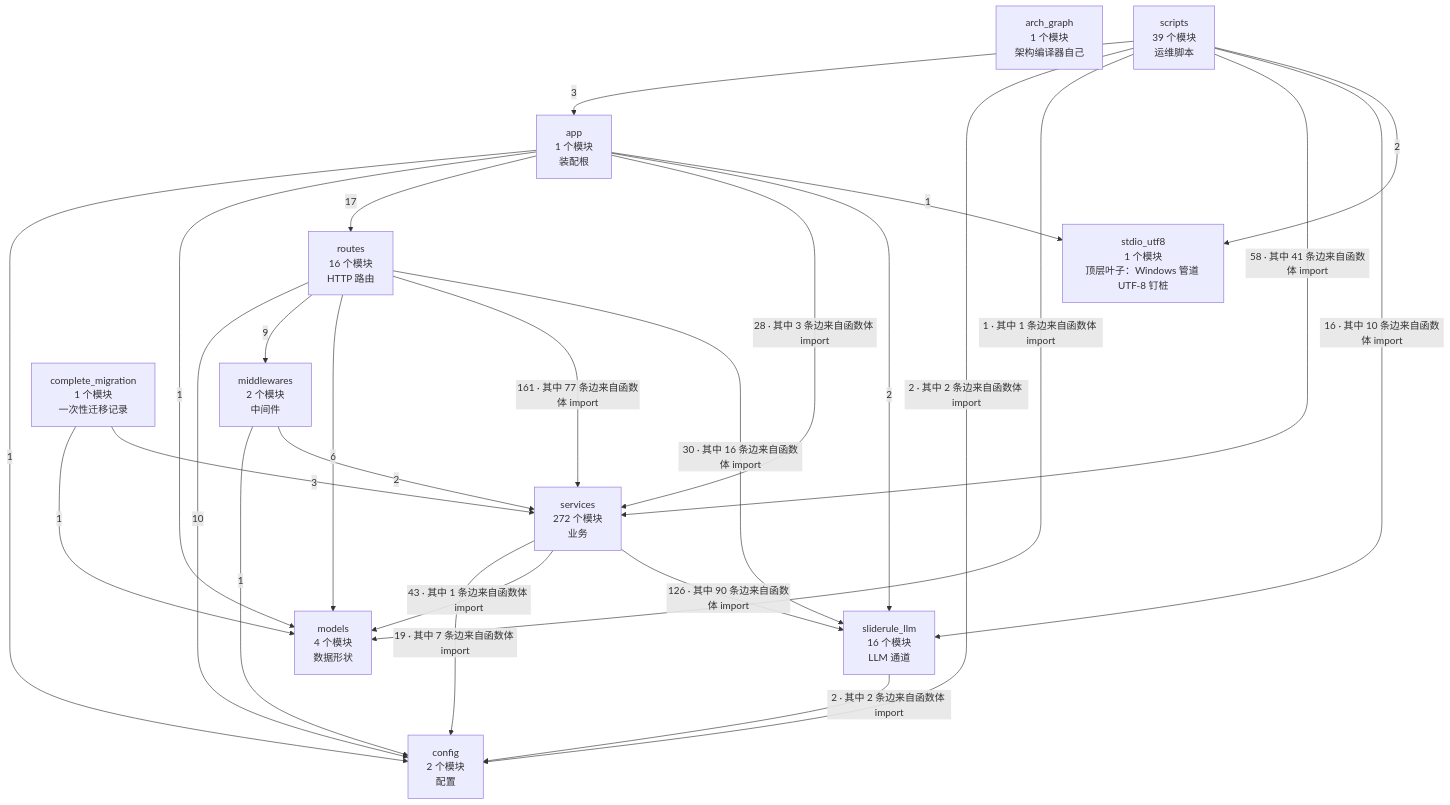
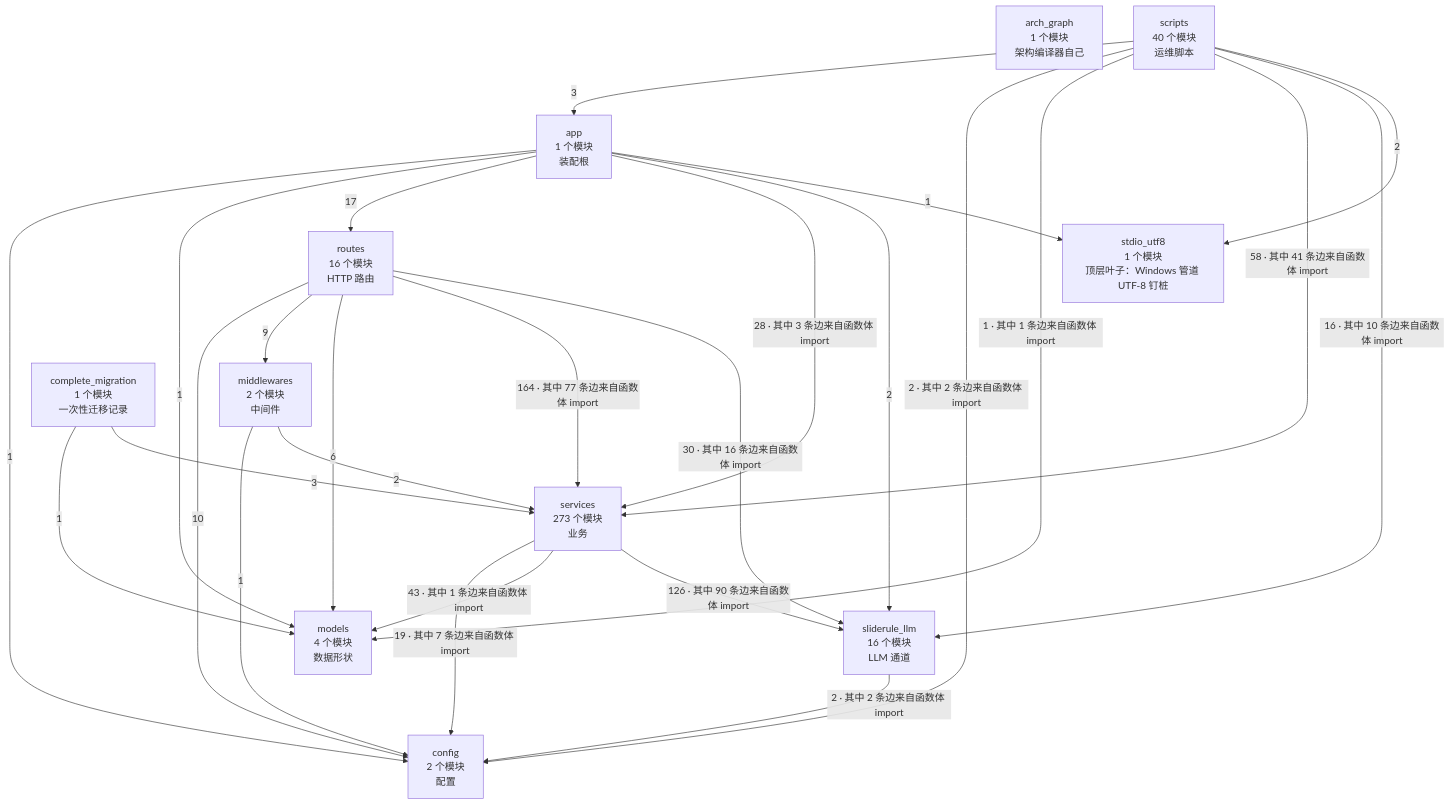
The second of 4 diagrams in docs/SlideRule V6.2 架构图（自动生成）.md (2686521696/WhyBuddy), drawn with Mermaid before and after one commit. The commit also changed other lines of this file and 1 other file, not shown here.

Commit message:
架构图补上会话上传和办公镜像构建脚本。

````diff
--- a/docs/SlideRule V6.2 架构图（自动生成）.md
+++ b/docs/SlideRule V6.2 架构图（自动生成）.md
@@ -62,39 +62,39 @@
 ```mermaid
 flowchart TB
   arch_graph["arch_graph<br/>1 个模块<br/>架构编译器自己"]
   config["config<br/>2 个模块<br/>配置"]
   models["models<br/>4 个模块<br/>数据形状"]
   stdio_utf8["stdio_utf8<br/>1 个模块<br/>顶层叶子：Windows 管道 UTF-8 钉桩"]
   sliderule_llm["sliderule_llm<br/>16 个模块<br/>LLM 通道"]
   middlewares["middlewares<br/>2 个模块<br/>中间件"]
-  services["services<br/>272 个模块<br/>业务"]
+  services["services<br/>273 个模块<br/>业务"]
   routes["routes<br/>16 个模块<br/>HTTP 路由"]
   app["app<br/>1 个模块<br/>装配根"]
   complete_migration["complete_migration<br/>1 个模块<br/>一次性迁移记录"]
-  scripts["scripts<br/>39 个模块<br/>运维脚本"]
+  scripts["scripts<br/>40 个模块<br/>运维脚本"]
   app -->|1| config
   app -->|1| models
   app -->|17| routes
   app -->|28 · 其中 3 条边来自函数体 import| services
   app -->|2| sliderule_llm
   app -->|1| stdio_utf8
   complete_migration -->|1| models
   complete_migration -->|3| services
   middlewares -->|1| config
   middlewares -->|2| services
   routes -->|10| config
   routes -->|9| middlewares
   routes -->|6| models
-  routes -->|161 · 其中 77 条边来自函数体 import| services
+  routes -->|164 · 其中 77 条边来自函数体 import| services
   routes -->|30 · 其中 16 条边来自函数体 import| sliderule_llm
   scripts -->|3| app
   scripts -->|2 · 其中 2 条边来自函数体 import| config
   scripts -->|1 · 其中 1 条边来自函数体 import| models
   scripts -->|58 · 其中 41 条边来自函数体 import| services
   scripts -->|16 · 其中 10 条边来自函数体 import| sliderule_llm
   scripts -->|2| stdio_utf8
   services -->|19 · 其中 7 条边来自函数体 import| config
   services -->|43 · 其中 1 条边来自函数体 import| models
   services -->|126 · 其中 90 条边来自函数体 import| sliderule_llm
   sliderule_llm -->|2 · 其中 2 条边来自函数体 import| config
 ```
````
